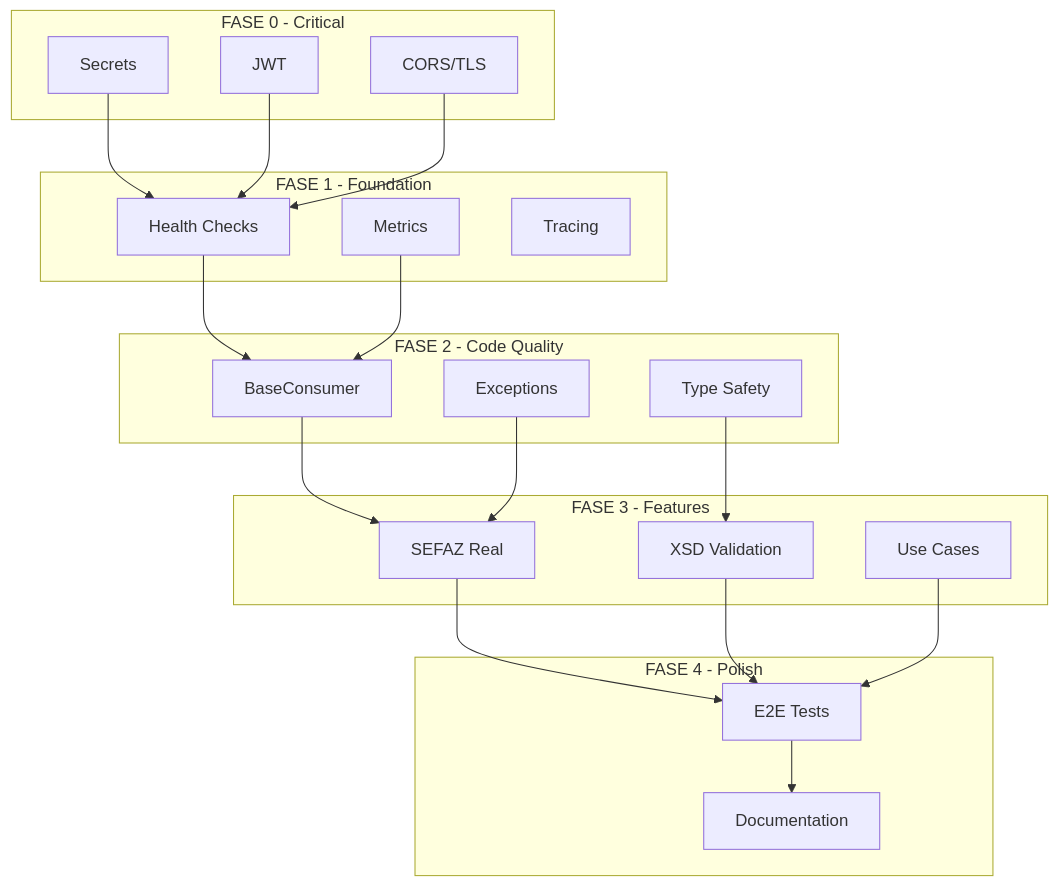
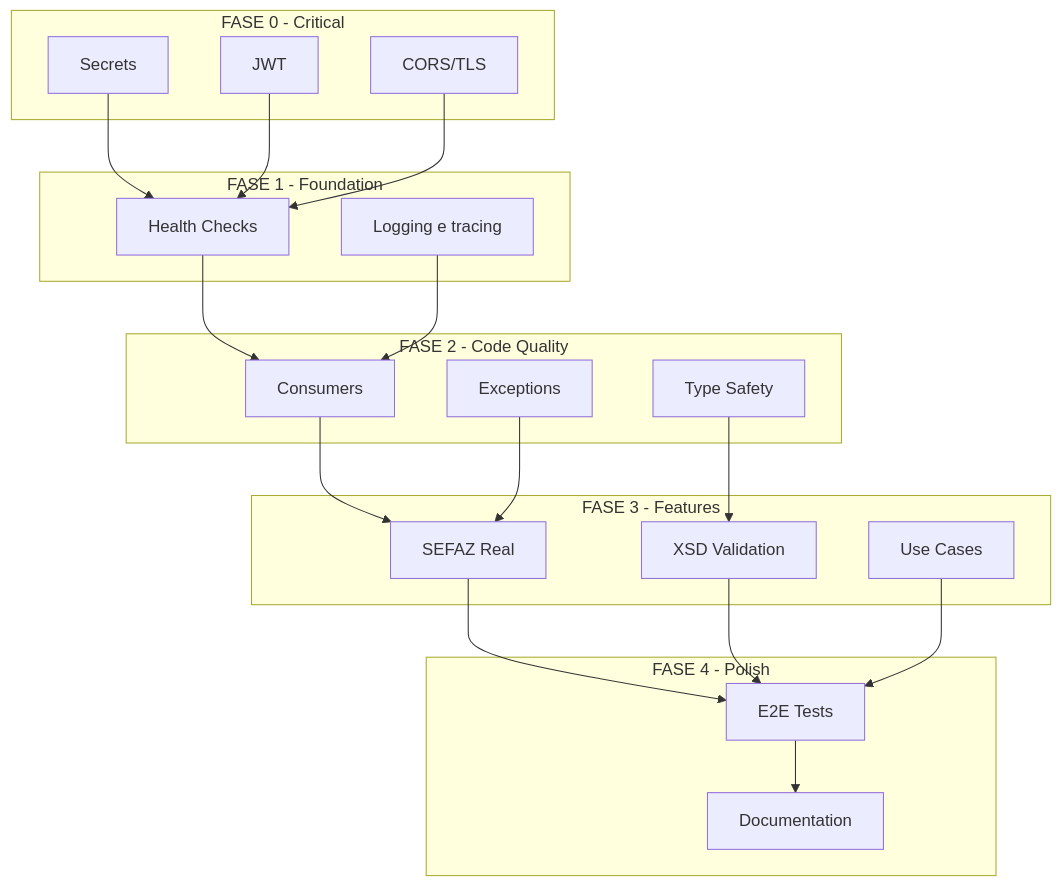
One commit to guilhermegradaschi/finance-consumer changed the fifth of 5 diagrams in docs/04-refactor-roadmap.md. Above: the diagram before and after it, drawn with Mermaid. The commit also changed other lines of this file and 68 other files, not shown here.

````diff
--- a/docs/04-refactor-roadmap.md
+++ b/docs/04-refactor-roadmap.md
@@ -329,48 +317,47 @@
 ```mermaid
 graph TD
     subgraph "FASE 0 - Critical"
         A[Secrets]
         B[JWT]
         C[CORS/TLS]
     end
     
     subgraph "FASE 1 - Foundation"
         D[Health Checks]
-        E[Metrics]
-        F[Tracing]
+        E[Logging e tracing]
     end
     
     subgraph "FASE 2 - Code Quality"
-        G[BaseConsumer]
+        G[Consumers]
         H[Exceptions]
         I[Type Safety]
     end
     
     subgraph "FASE 3 - Features"
         J[SEFAZ Real]
         K[XSD Validation]
         L[Use Cases]
     end
     
     subgraph "FASE 4 - Polish"
         M[E2E Tests]
         N[Documentation]
     end
     
     A --> D
     B --> D
     C --> D
     
     D --> G
     E --> G
     
     G --> J
     H --> J
     I --> K
     
     J --> M
     K --> M
     L --> M
     
     M --> N
 ```
````
